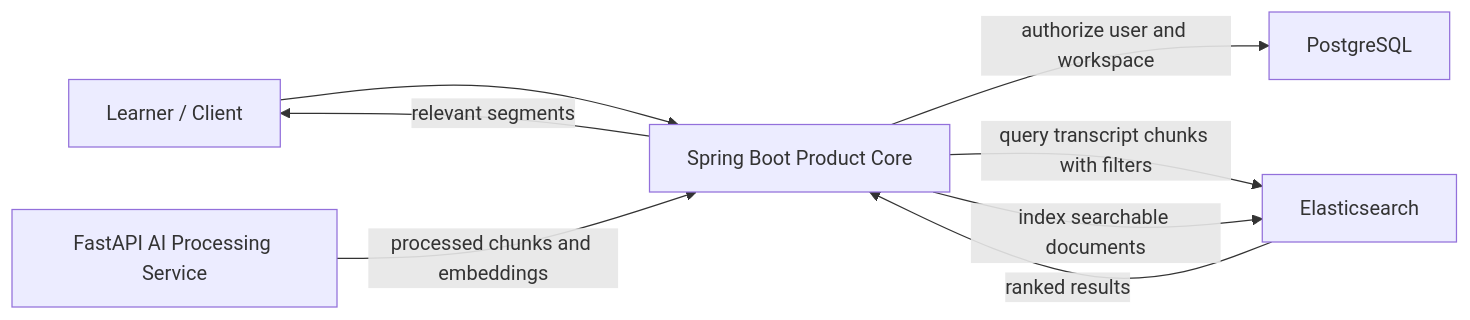
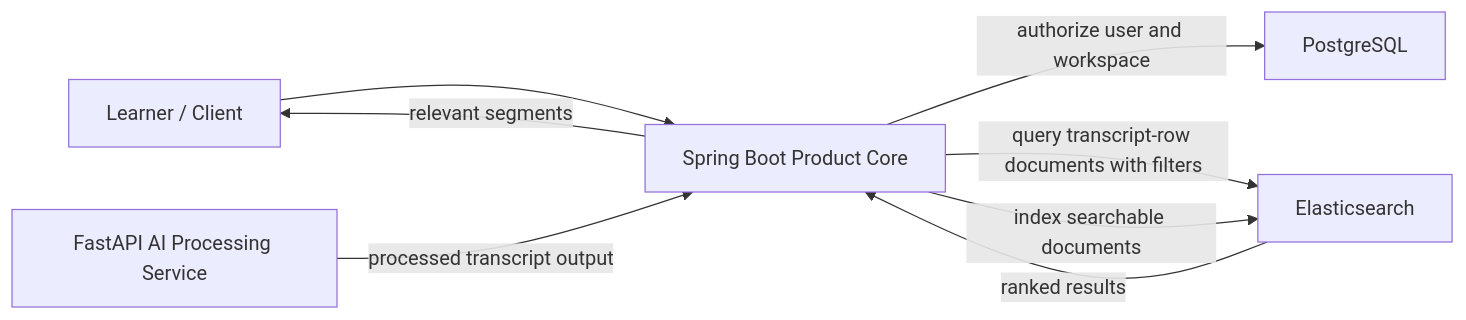
The diagram in docs/architecture/03-search-architecture.md (quangducnguyen1205/ai-knowledge-workspace), drawn with Mermaid before and after one commit. The commit also changed other lines of this file and 4 other files, not shown here.

````diff
--- a/docs/architecture/03-search-architecture.md
+++ b/docs/architecture/03-search-architecture.md
@@ -9,10 +9,10 @@
 ```mermaid
 flowchart LR
     U["Learner / Client"] --> S["Spring Boot Product Core"]
     S -->|authorize user and workspace| P["PostgreSQL"]
-    S -->|query transcript chunks with filters| E["Elasticsearch"]
+    S -->|query transcript-row documents with filters| E["Elasticsearch"]
     E -->|ranked results| S
     S -->|relevant segments| U
-    F["FastAPI AI Processing Service"] -->|processed chunks and embeddings| S
+    F["FastAPI AI Processing Service"] -->|processed transcript output| S
     S -->|index searchable documents| E
 ```
````
